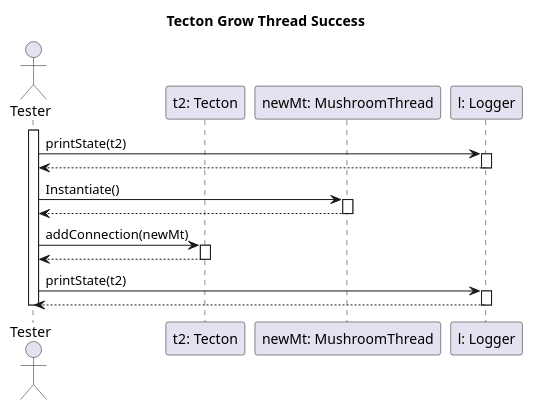
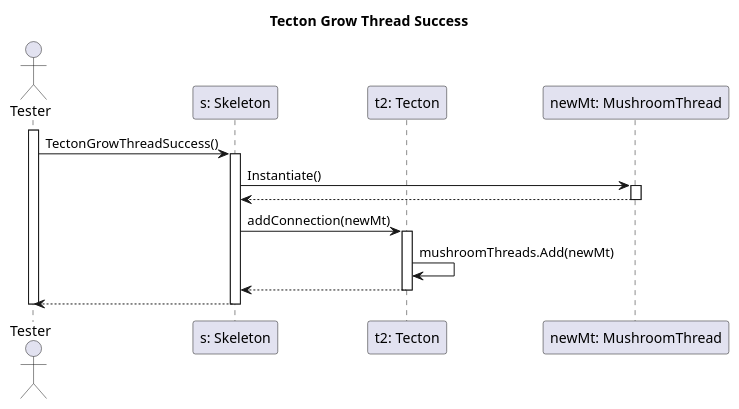
The diagram in diagrams/test-sequence/tectonGrowThreadSuccess.puml (dzsem/projlab), drawn with PlantUML before and after one commit.

Commit message:
rem logger, add skeleton in tectonGrowThreadSuccess

```diff
--- a/diagrams/test-sequence/tectonGrowThreadSuccess.puml
+++ b/diagrams/test-sequence/tectonGrowThreadSuccess.puml
@@ -1,35 +1,33 @@
 @startuml tectonGrowThreadTest
 
 title Tecton Grow Thread Success
 
 actor "Tester" as tst
+participant "s: Skeleton" as s
 participant "t2: Tecton" as t2
 participant "newMt: MushroomThread" as newMt
-participant "l: Logger" as l
 
 activate tst
 
-tst -> l: printState(t2)
-activate l
-tst <-- l
-deactivate l
+tst -> s: TectonGrowThreadSuccess()
+activate s
 
-tst -> newMt: Instantiate()
+s -> newMt: Instantiate()
 activate newMt
-tst <-- newMt
+s <-- newMt
 deactivate newMt
 
-tst -> t2: addConnection(newMt)
+s -> t2: addConnection(newMt)
 activate t2
 
-tst <-- t2
+t2 -> t2: mushroomThreads.Add(newMt)
+
+s <-- t2
 deactivate t2
 
-tst -> l: printState(t2)
-activate l
-tst <-- l
-deactivate l
+tst <-- s
+deactivate s
 
 deactivate tst
 
 @enduml
```
